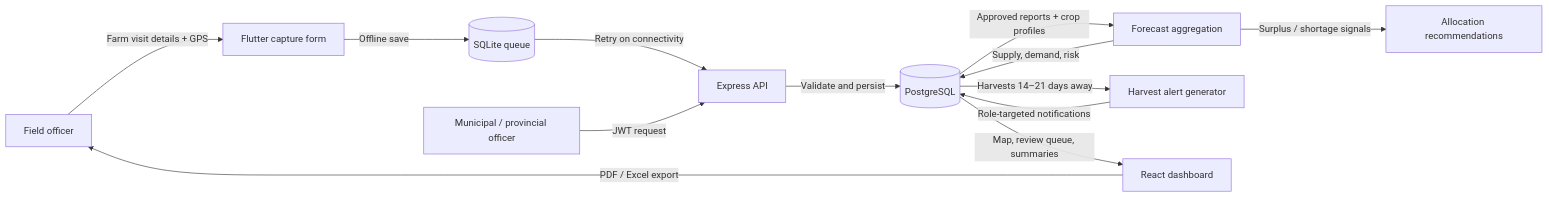
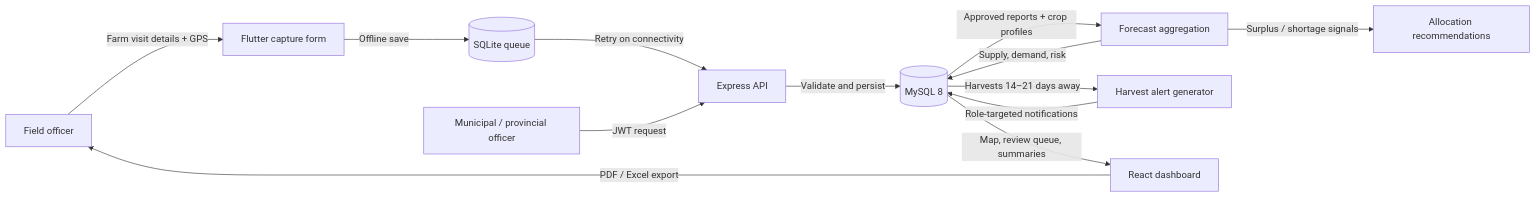
Before and after one commit to Cedieced/AgriCast-Crop-Supply-Forecasting-and-Allocation-System: the fourth of 4 diagrams in docs/system-design.md, drawn with Mermaid. The commit also changed other lines of this file and 15 other files, not shown here.

````diff
--- a/docs/system-design.md
+++ b/docs/system-design.md
@@ -178,15 +180,15 @@
 ```mermaid
 flowchart LR
   Officer[Field officer] -->|Farm visit details + GPS| Mobile[Flutter capture form]
   Mobile -->|Offline save| Queue[(SQLite queue)]
   Queue -->|Retry on connectivity| API[Express API]
   WebOfficer[Municipal / provincial officer] -->|JWT request| API
-  API -->|Validate and persist| DB[(PostgreSQL)]
+  API -->|Validate and persist| DB[(MySQL 8)]
   DB -->|Approved reports + crop profiles| Forecast[Forecast aggregation]
   Forecast -->|Supply, demand, risk| DB
   Forecast -->|Surplus / shortage signals| Reco[Allocation recommendations]
   DB -->|Harvests 14–21 days away| Alert[Harvest alert generator]
   Alert -->|Role-targeted notifications| DB
   DB -->|Map, review queue, summaries| Web[React dashboard]
   Web -->|PDF / Excel export| Officer
 ```
````
